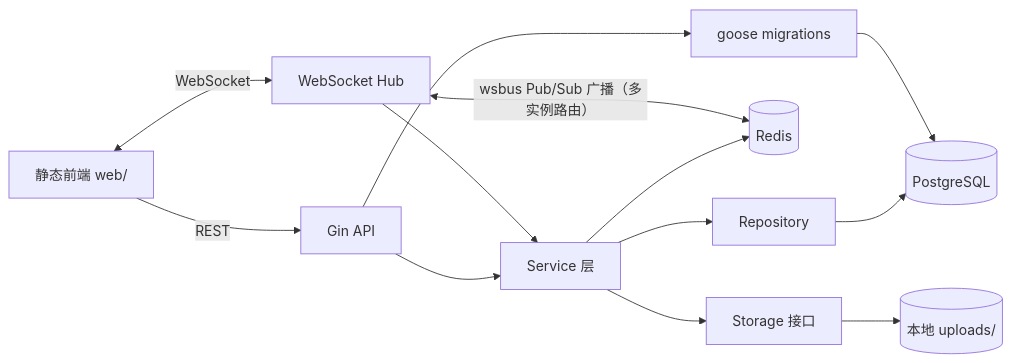
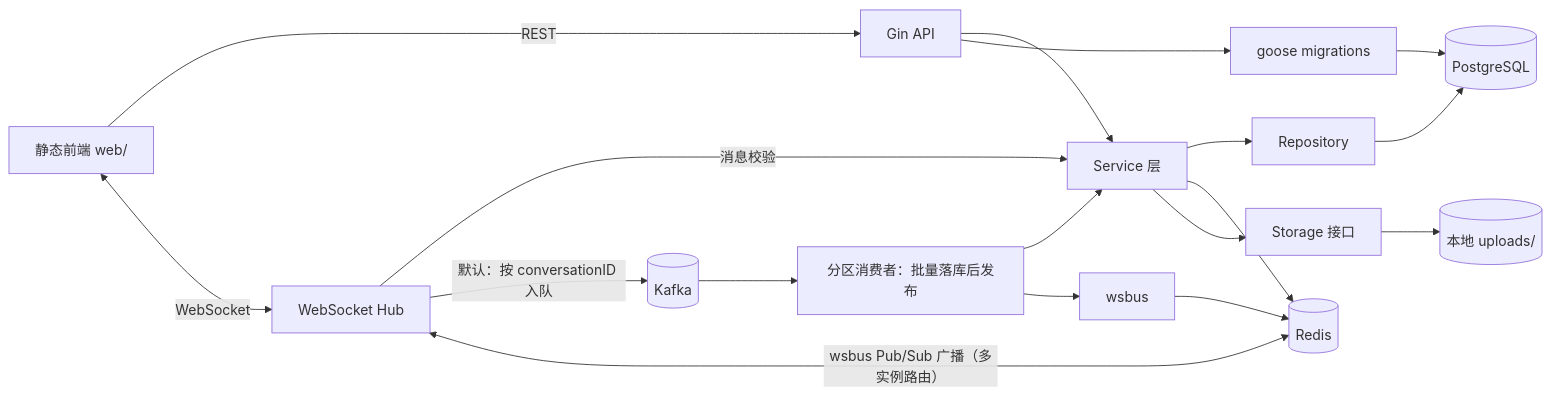
One commit to Wh1teCaat/go-chat changed the first of 4 diagrams in README.md. Above: the diagram before and after it, drawn with Mermaid. The commit also changed other lines of this file and 15 other files, not shown here.

````diff
--- a/README.md
+++ b/README.md
@@ -16,15 +16,20 @@
 ```mermaid
 flowchart LR
     Browser["静态前端 web/"] -->|REST| Gin["Gin API"]
     Browser <-->|WebSocket| WSHub["WebSocket Hub"]
     Gin --> Service["Service 层"]
-    WSHub --> Service
+    WSHub -->|消息校验| Service
+    WSHub -->|默认：按 conversationID 入队| Kafka[("Kafka")]
+    Kafka --> Consumer["分区消费者：批量落库后发布"]
+    Consumer --> Service
+    Consumer --> Bus["wsbus"]
+    Bus --> Redis
     Service --> Repo["Repository"]
     Repo --> PG[("PostgreSQL")]
     Service --> Redis[("Redis")]
     Service --> Storage["Storage 接口"]
     Storage --> Local[("本地 uploads/")]
     Gin --> Goose["goose migrations"]
     Goose --> PG
     WSHub <-->|"wsbus Pub/Sub 广播（多实例路由）"| Redis
 ```
````
